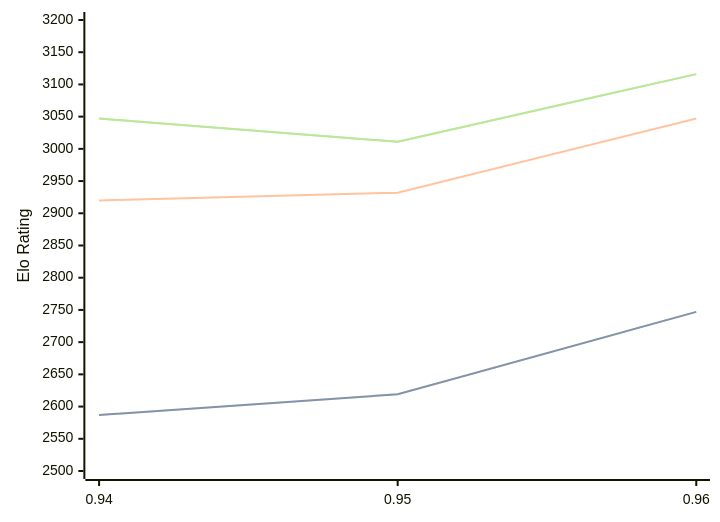
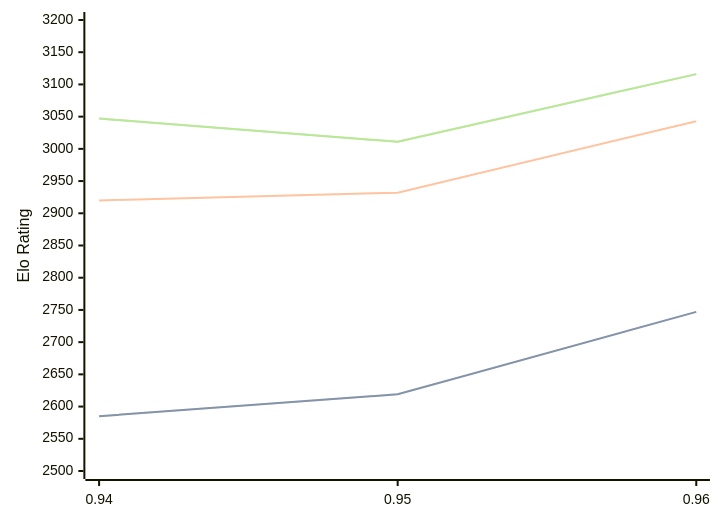
The first of 3 diagrams in engines/Myrddin.md (computer-chess-index/cci), drawn with Mermaid before and after one commit. The commit also changed other lines of this file, not shown here.

````diff
--- a/engines/Myrddin.md
+++ b/engines/Myrddin.md
@@ -38,11 +38,11 @@
 ```mermaid
 %%{init: {"theme":"base","themeVariables":{"seriesColors:['#a3a3a3','#222221','#faa371']}}}%%
 xychart-beta
   x-axis ["0.94", "0.95", "0.96"]
   y-axis "Elo Rating" 2500 --> 3200
-  line "STC (8.0+0.08s)" [2587, 2619, 2747]
-  line "STC (8.0+0.08s)" [2587, 2619, 2747]
-  line "LTC (60.0+0.60s)" [2920, 2932, 3047]
+  line "STC (8.0+0.08s)" [2585, 2619, 2747]
+  line "STC (8.0+0.08s)" [2585, 2619, 2747]
+  line "LTC (60.0+0.60s)" [2920, 2932, 3043]
   line "VLTC (2m24s+1.12s)" [3047, 3011, 3116]
   line "VLTC (2m24s+1.12s)" [3047, 3011, 3116]
 ```
````
